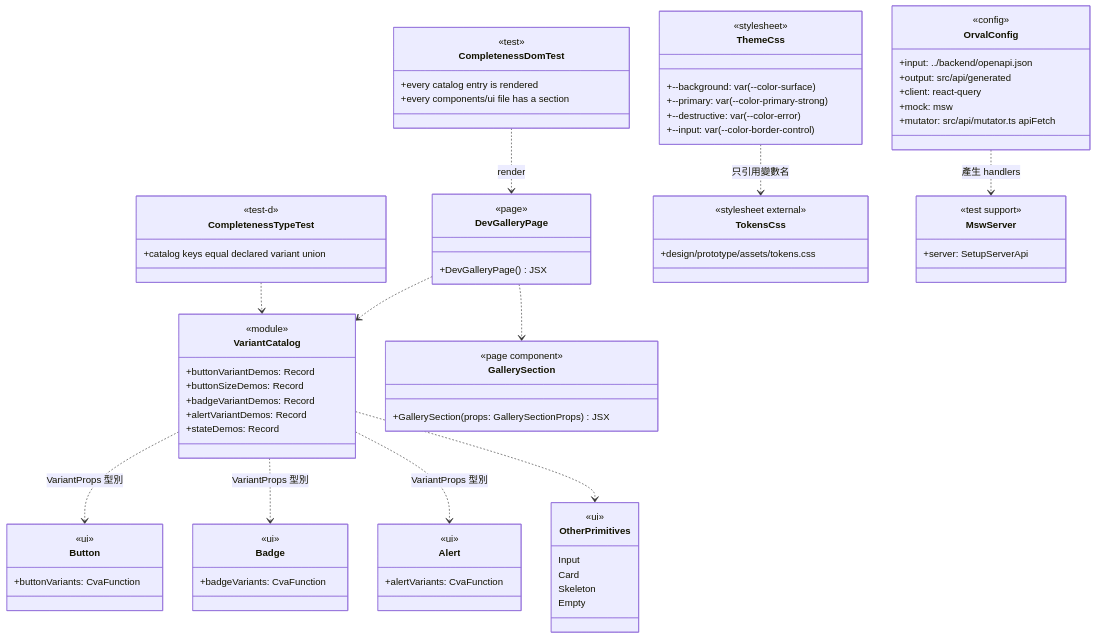
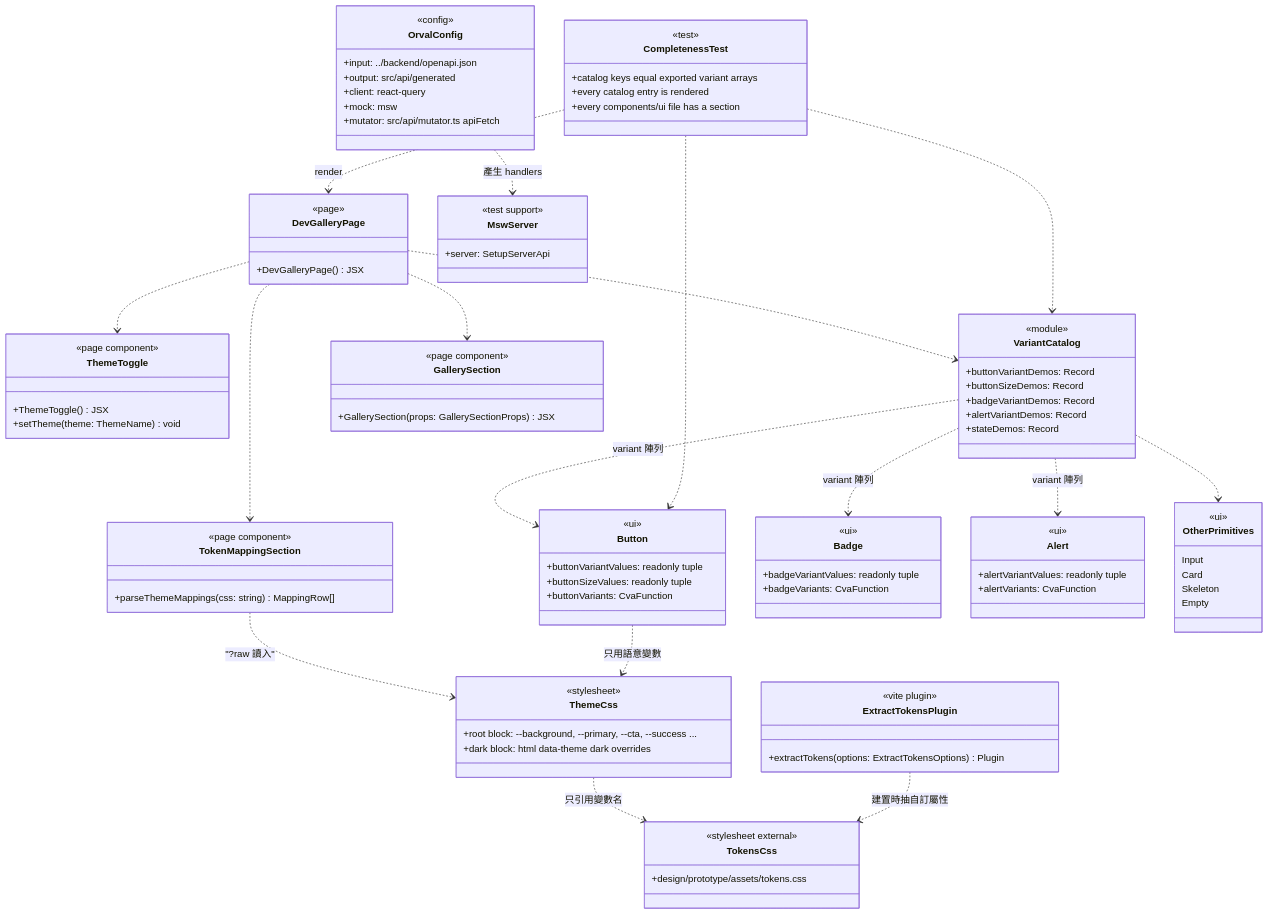
The second of 14 diagrams in openspec/changes/frontend-skeleton/system-design.md (label-suite/label-suite), drawn with Mermaid before and after one commit. The commit also changed other lines of this file and 4 other files, not shown here.

````diff
--- a/openspec/changes/frontend-skeleton/system-design.md
+++ b/openspec/changes/frontend-skeleton/system-design.md
@@ -247,6 +279,15 @@
   class DevGalleryPage {
     <<page>>
     +DevGalleryPage() JSX
+  }
+  class ThemeToggle {
+    <<page component>>
+    +ThemeToggle() JSX
+    +setTheme(theme: ThemeName) void
+  }
+  class TokenMappingSection {
+    <<page component>>
+    +parseThemeMappings(css: string) MappingRow[]
   }
   class VariantCatalog {
     <<module>>
@@ -262,14 +303,18 @@
   }
   class Button {
     <<ui>>
+    +buttonVariantValues: readonly tuple
+    +buttonSizeValues: readonly tuple
     +buttonVariants: CvaFunction
   }
   class Badge {
     <<ui>>
+    +badgeVariantValues: readonly tuple
     +badgeVariants: CvaFunction
   }
   class Alert {
     <<ui>>
+    +alertVariantValues: readonly tuple
     +alertVariants: CvaFunction
   }
   class OtherPrimitives {
@@ -279,21 +324,20 @@
     Skeleton
     Empty
   }
-  class CompletenessTypeTest {
-    <<test-d>>
-    +catalog keys equal declared variant union
-  }
-  class CompletenessDomTest {
+  class CompletenessTest {
     <<test>>
+    +catalog keys equal exported variant arrays
     +every catalog entry is rendered
     +every components/ui file has a section
   }
+  class ExtractTokensPlugin {
+    <<vite plugin>>
+    +extractTokens(options: ExtractTokensOptions) Plugin
+  }
   class ThemeCss {
     <<stylesheet>>
-    +--background: var(--color-surface)
-    +--primary: var(--color-primary-strong)
-    +--destructive: var(--color-error)
-    +--input: var(--color-border-control)
+    +root block: --background, --primary, --cta, --success ...
+    +dark block: html data-theme dark overrides
   }
   class TokensCss {
     <<stylesheet external>>
@@ -312,14 +356,20 @@
     +server: SetupServerApi
   }
 
+  DevGalleryPage ..> ThemeToggle
+  DevGalleryPage ..> TokenMappingSection
   DevGalleryPage ..> VariantCatalog
   DevGalleryPage ..> GallerySection
-  VariantCatalog ..> Button : VariantProps 型別
-  VariantCatalog ..> Badge : VariantProps 型別
-  VariantCatalog ..> Alert : VariantProps 型別
+  TokenMappingSection ..> ThemeCss : "?raw 讀入"
+  VariantCatalog ..> Button : variant 陣列
+  VariantCatalog ..> Badge : variant 陣列
+  VariantCatalog ..> Alert : variant 陣列
   VariantCatalog ..> OtherPrimitives
-  CompletenessTypeTest ..> VariantCatalog
-  CompletenessDomTest ..> DevGalleryPage : render
+  CompletenessTest ..> VariantCatalog
+  CompletenessTest ..> Button
+  CompletenessTest ..> DevGalleryPage : render
+  Button ..> ThemeCss : 只用語意變數
   ThemeCss ..> TokensCss : 只引用變數名
+  ExtractTokensPlugin ..> TokensCss : 建置時抽自訂屬性
   OrvalConfig ..> MswServer : 產生 handlers
 ```
````
